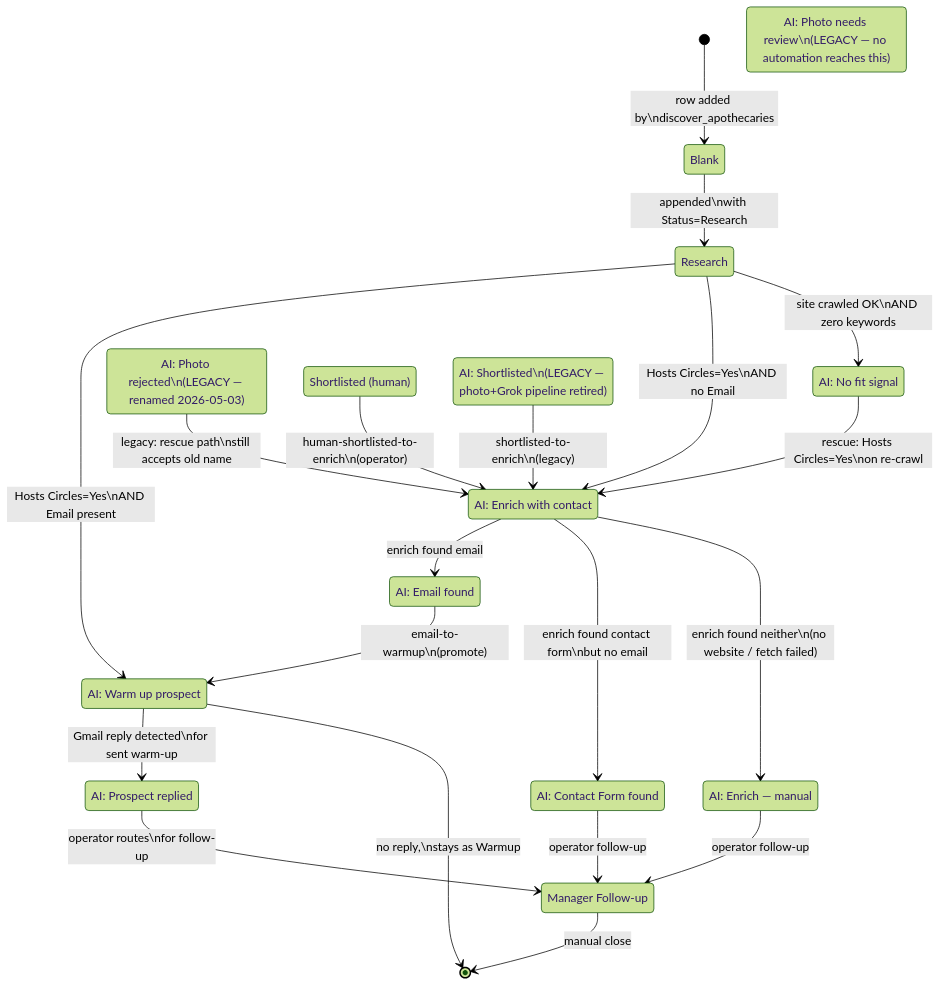
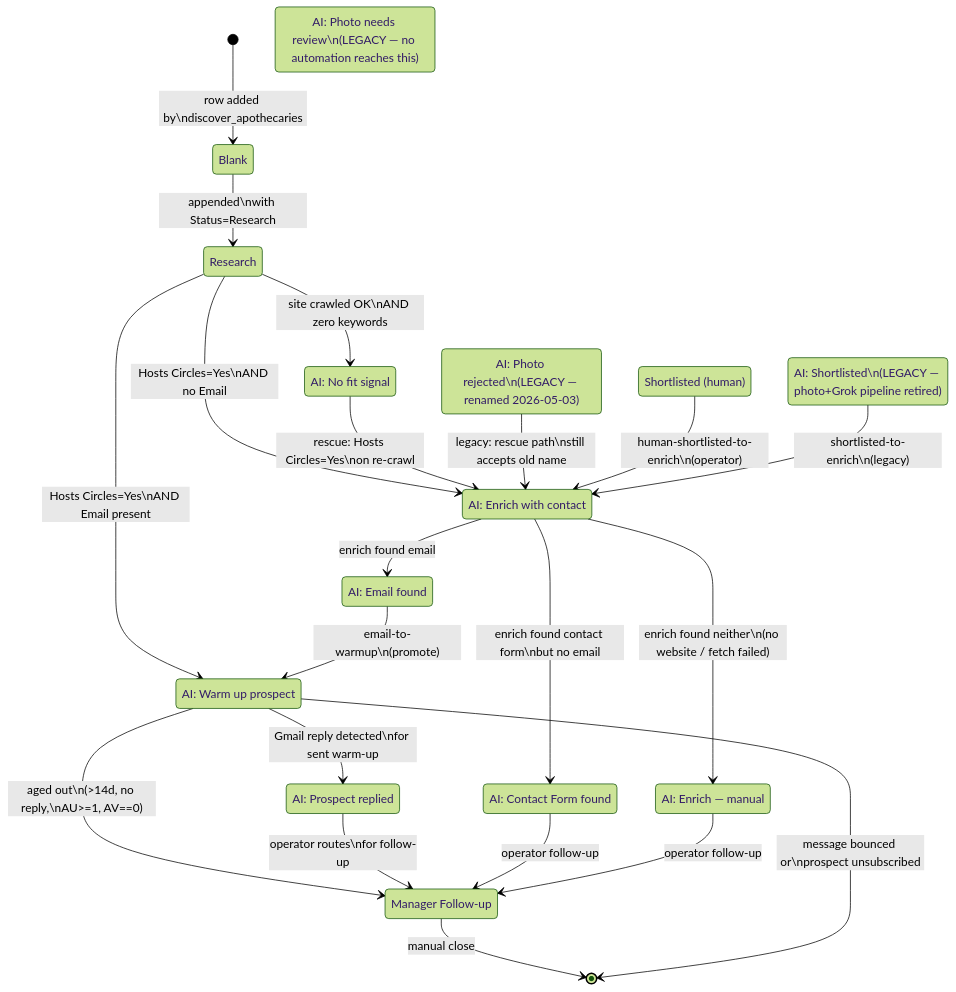
Before and after one commit to TrueSightDAO/agentic_ai_context: the diagram in HIT_LIST_STATE_MACHINE.md, drawn with Mermaid (forest theme). The commit also changed other lines of this file, not shown here.

First line of the commit message:
docs(hit_list): document Warm-up -> Manager Follow-up aged-out transition

````diff
--- a/HIT_LIST_STATE_MACHINE.md
+++ b/HIT_LIST_STATE_MACHINE.md
@@ -33,46 +34,47 @@
 ```mermaid
 stateDiagram-v2
     [*] --> Blank: row added by\ndiscover_apothecaries
     Blank --> Research: appended\nwith Status=Research
 
     Research --> Warmup: Hosts Circles=Yes\nAND Email present
     Research --> Enrich: Hosts Circles=Yes\nAND no Email
     Research --> NoFitSignal: site crawled OK\nAND zero keywords
 
     NoFitSignal --> Enrich: rescue: Hosts Circles=Yes\non re-crawl
     PhotoRejected --> Enrich: legacy: rescue path\nstill accepts old name
 
     Shortlisted --> Enrich: human-shortlisted-to-enrich\n(operator)
     AIShortlisted --> Enrich: shortlisted-to-enrich\n(legacy)
 
     Enrich --> EmailFound: enrich found email
     Enrich --> ContactForm: enrich found contact form\nbut no email
     Enrich --> EnrichManual: enrich found neither\n(no website / fetch failed)
 
     EmailFound --> Warmup: email-to-warmup\n(promote)
 
+    Warmup --> ManagerFollowup: aged out\n(>14d, no reply,\nAU>=1, AV==0)
     Warmup --> Replied: Gmail reply detected\nfor sent warm-up
 
     Replied --> ManagerFollowup: operator routes\nfor follow-up
 
     ContactForm --> ManagerFollowup: operator follow-up
     EnrichManual --> ManagerFollowup: operator follow-up
 
     ManagerFollowup --> [*]: manual close
-    Warmup --> [*]: no reply,\nstays as Warmup
+    Warmup --> [*]: message bounced or\nprospect unsubscribed
 
     PhotoRejected: AI: Photo rejected\n(LEGACY — renamed 2026-05-03)
     PhotoNeedsReview: AI: Photo needs review\n(LEGACY — no automation reaches this)
     AIShortlisted: AI: Shortlisted\n(LEGACY — photo+Grok pipeline retired)
 
     Research: Research
     Enrich: AI: Enrich with contact
     EmailFound: AI: Email found
     ContactForm: AI: Contact Form found
     EnrichManual: AI: Enrich — manual
     Warmup: AI: Warm up prospect
     Replied: AI: Prospect replied
     ManagerFollowup: Manager Follow-up
     NoFitSignal: AI: No fit signal
     Shortlisted: Shortlisted (human)
 ```
````
